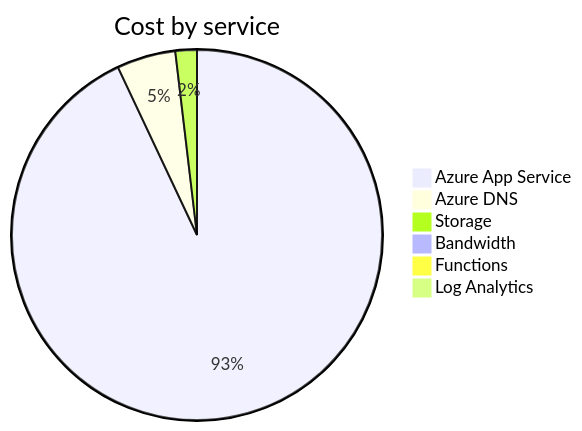
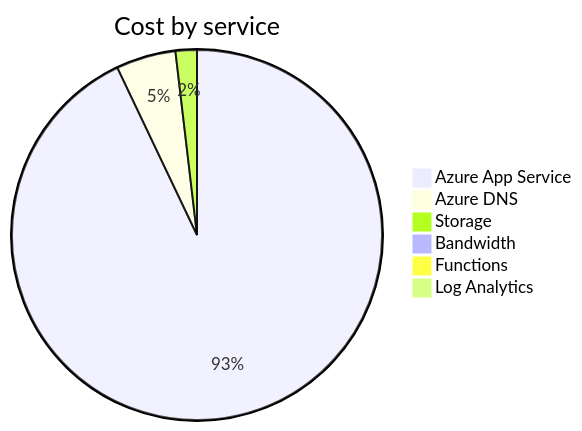
The second of 4 diagrams in cost-reports/accumulated-cost.md (jpfulton/azure-personal-reports), drawn with Mermaid before and after one commit. The commit also changed other lines of this file and 4 other files, not shown here.

````diff
--- a/cost-reports/accumulated-cost.md
+++ b/cost-reports/accumulated-cost.md
@@ -98,10 +98,10 @@
 ```mermaid
 pie
    title Cost by service
-   "Azure App Service" : 9.42
-   "Azure DNS" : 0.52
-   "Storage" : 0.19
+   "Azure App Service" : 9.99
+   "Azure DNS" : 0.56
+   "Storage" : 0.20
    "Bandwidth" : 0.00
    "Functions" : 0.00
    "Log Analytics" : 0.00
 ```
````
